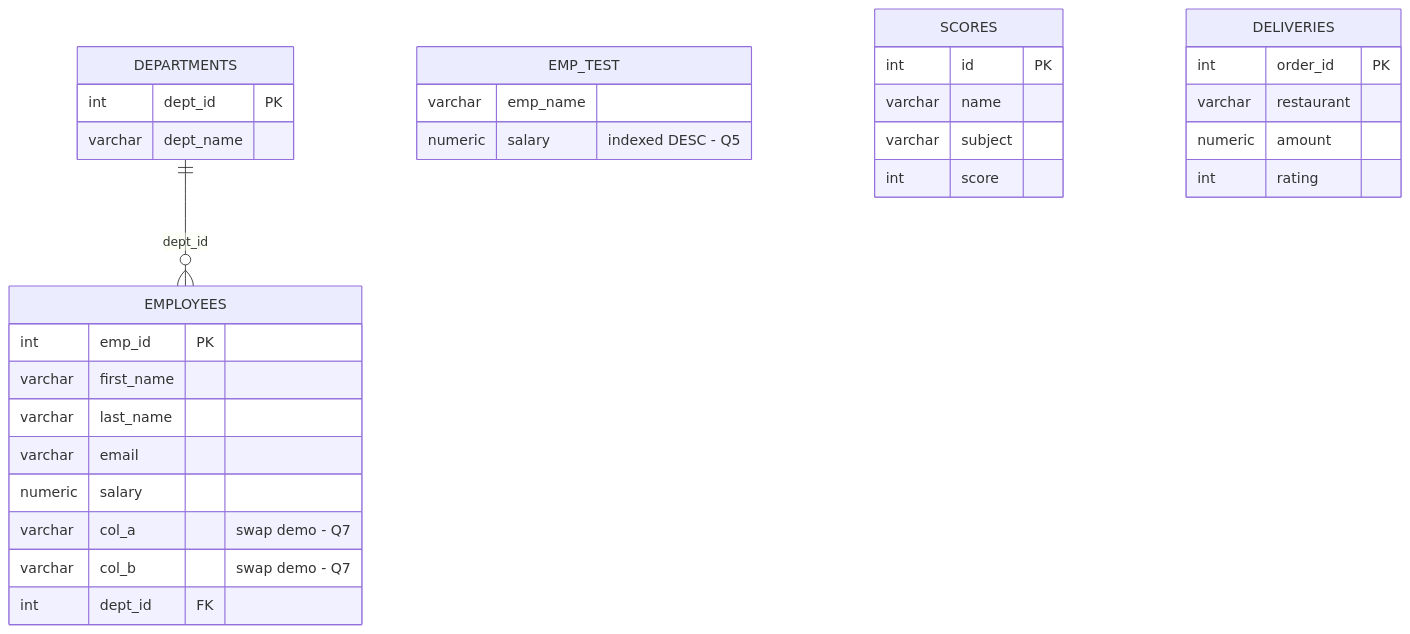
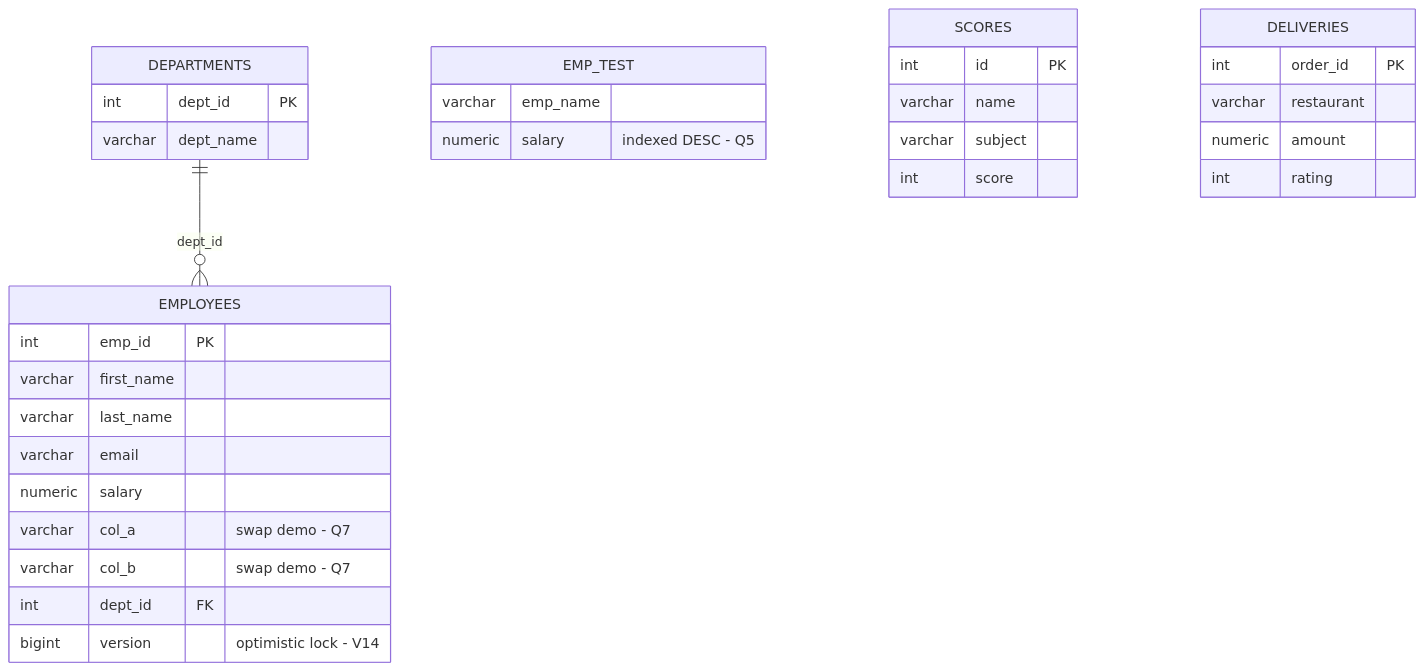
Diagram 23 of 26 in database-core/README.md (himnay/learning-database), drawn with Mermaid before and after one commit. The commit also changed other lines of this file and 3 other files, not shown here.

````diff
--- a/database-core/README.md
+++ b/database-core/README.md
@@ -2573,34 +2553,35 @@
 ```mermaid
 erDiagram
     DEPARTMENTS {
         int dept_id PK
         varchar dept_name
     }
     EMPLOYEES {
         int emp_id PK
         varchar first_name
         varchar last_name
         varchar email
         numeric salary
         varchar col_a "swap demo - Q7"
         varchar col_b "swap demo - Q7"
         int dept_id FK
+        bigint version "optimistic lock - V14"
     }
     EMP_TEST {
         varchar emp_name
         numeric salary "indexed DESC - Q5"
     }
     SCORES {
         int id PK
         varchar name
         varchar subject
         int score
     }
     DELIVERIES {
         int order_id PK
         varchar restaurant
         numeric amount
         int rating
     }
     DEPARTMENTS ||--o{ EMPLOYEES : "dept_id"
 ```
````
